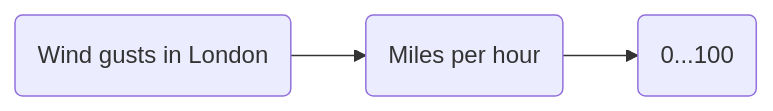
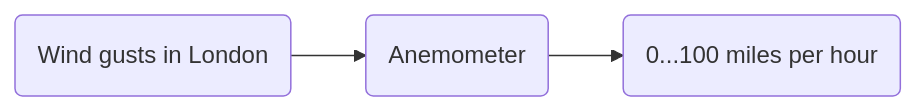
The ninth of 12 diagrams in docs/introduction/1.1 Research data.md (spuddybike/understanding-metadata), drawn with Mermaid before and after one commit. The commit also changed other lines of this file, not shown here.

````diff
--- a/docs/introduction/1.1 Research data.md
+++ b/docs/introduction/1.1 Research data.md
@@ -205,5 +205,5 @@
     ``` mermaid
     flowchart LR
-      wgl(Wind gusts in London) --> mph(Miles per hour)
-      mph --> mphd("0...100")
+      wgl(Wind gusts in London) --> mph(Anemometer)
+      mph --> mphd("0...100 miles per hour")
     ```
````
